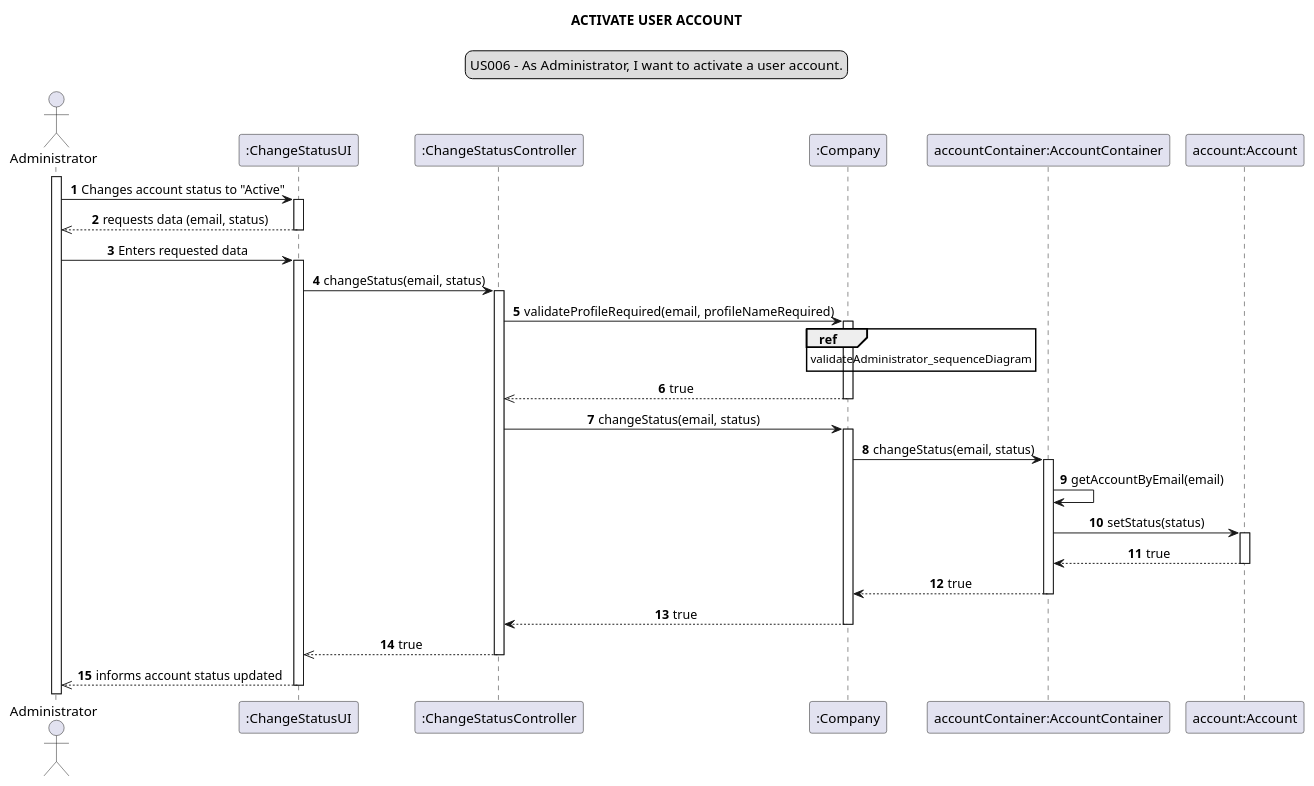
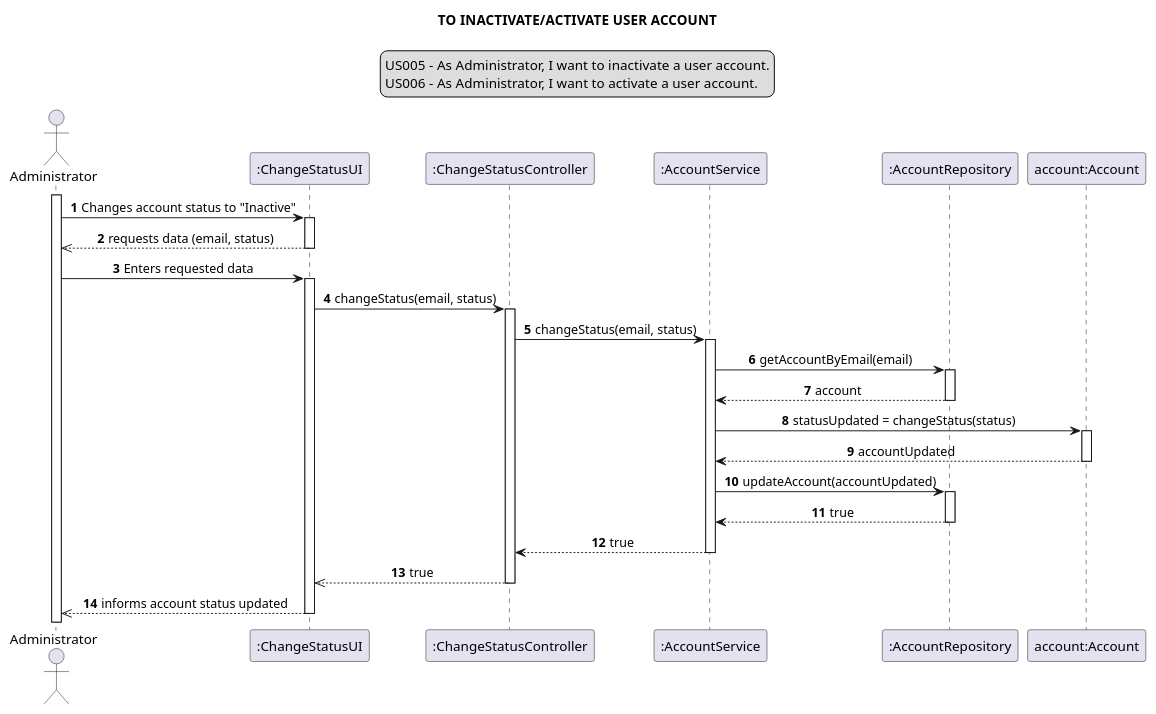
One commit to Loracline/project_switch_22-23 changed the diagram in docs/modelling_design/user_stories/sprint01/us006/US006_sequenceDiagram.puml. Above: the diagram before and after it, drawn with PlantUML. The commit also changed 8 other files, not shown here.

Commit message:
US05-06:design: update sequence diagram and class diagram. correction to US002 class diagram , closes #371

```diff
--- a/docs/modelling_design/user_stories/sprint01/us006/US006_sequenceDiagram.puml
+++ b/docs/modelling_design/user_stories/sprint01/us006/US006_sequenceDiagram.puml
@@ -1,47 +1,50 @@
 @startuml
 legend top
+US005 - As Administrator, I want to inactivate a user account.
 US006 - As Administrator, I want to activate a user account.
 end legend
 skinparam sequenceMessageAlign center
-title ACTIVATE USER ACCOUNT
+title TO INACTIVATE/ACTIVATE USER ACCOUNT
 autonumber
 actor "Administrator" as administrator
 participant ":ChangeStatusUI" as ui
 participant ":ChangeStatusController" as controller
-participant ":Company" as company
-participant "accountContainer:AccountContainer" as container
+
+participant ":AccountService" as service
+participant ":AccountRepository" as repository
 participant "account:Account" as account
 
 activate administrator
-administrator -> ui : Changes account status to "Active"
+
+administrator -> ui : Changes account status to "Inactive"
 activate ui
 ui -->> administrator: requests data (email, status)
 deactivate ui
 administrator -> ui: Enters requested data
 activate ui
 ui -> controller: changeStatus(email, status)
 activate controller
-controller -> company: validateProfileRequired(email, profileNameRequired)
-activate company
-ref over company: validateAdministrator_sequenceDiagram
-company -->> controller: true
-deactivate company
-controller -> company: changeStatus(email, status)
-activate company
-company -> container: changeStatus(email, status)
-activate container
-container -> container: getAccountByEmail(email)
-container -> account: setStatus(status)
+controller -> service: changeStatus(email, status)
+activate service
+service-> repository: getAccountByEmail(email)
+activate repository
+repository --> service: account
+deactivate repository
+service -> account: statusUpdated = changeStatus(status)
 activate account
-container <-- account: true
+service <-- account: accountUpdated
 deactivate account
-container --> company: true
-deactivate container
-company --> controller: true
-deactivate company
+
+service -> repository: updateAccount(accountUpdated)
+activate repository
+repository --> service: true
+
+deactivate repository
+service --> controller: true
+deactivate service
 controller -->> ui: true
 deactivate controller
 ui -->> administrator: informs account status updated
 deactivate ui
 
 @enduml
```
